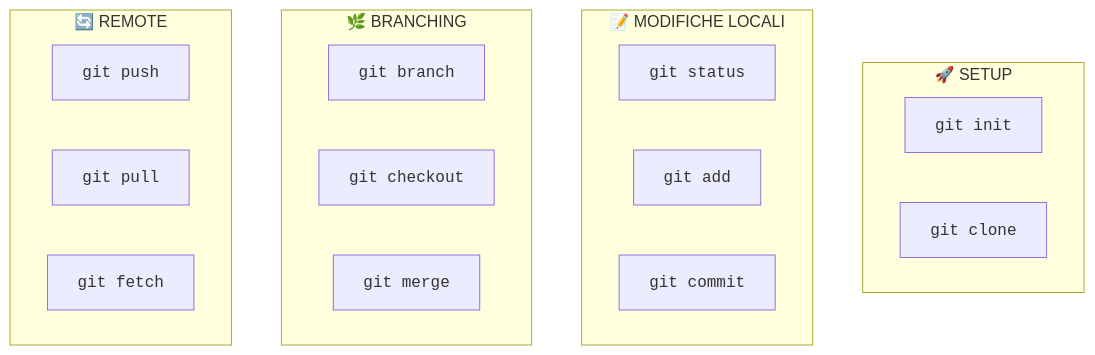
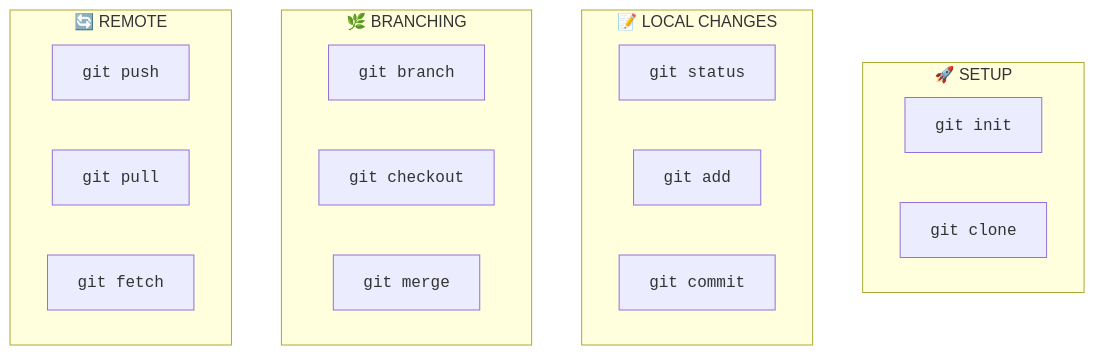
The seventh of 7 diagrams in 01-teoria/01-vcs-git-basics.md (DaveFV91/GitCourse), drawn with Mermaid before and after one commit. The commit also changed other lines of this file and 3 other files, not shown here.

````diff
--- a/01-teoria/01-vcs-git-basics.md
+++ b/01-teoria/01-vcs-git-basics.md
@@ -174,29 +175,29 @@
-```mermaid
-flowchart TB
+:::mermaid
+flowchart
     subgraph SETUP["🚀 SETUP"]
         direction LR
         A["<code>git init</code>"]
         B["<code>git clone</code>"]
     end
     
-    subgraph LOCAL["📝 MODIFICHE LOCALI"]
+    subgraph LOCAL["📝 LOCAL CHANGES"]
         direction LR
         C["<code>git status</code>"]
         D["<code>git add</code>"]
         E["<code>git commit</code>"]
     end
     
     subgraph BRANCH["🌿 BRANCHING"]
         direction LR
         F["<code>git branch</code>"]
         G["<code>git checkout</code>"]
         H["<code>git merge</code>"]
     end
     
     subgraph REMOTE["🔄 REMOTE"]
         direction LR
         I["<code>git push</code>"]
         J["<code>git pull</code>"]
         K["<code>git fetch</code>"]
     end
-```
+:::
````
